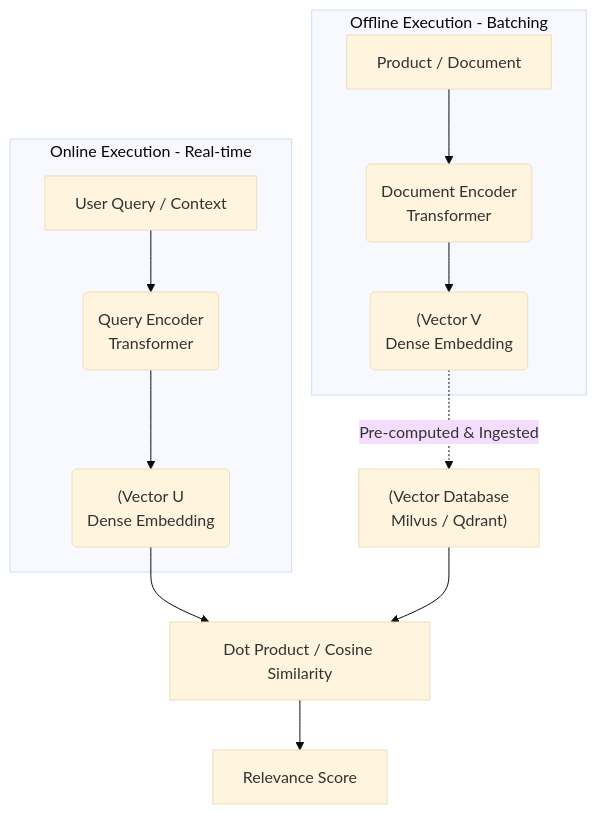
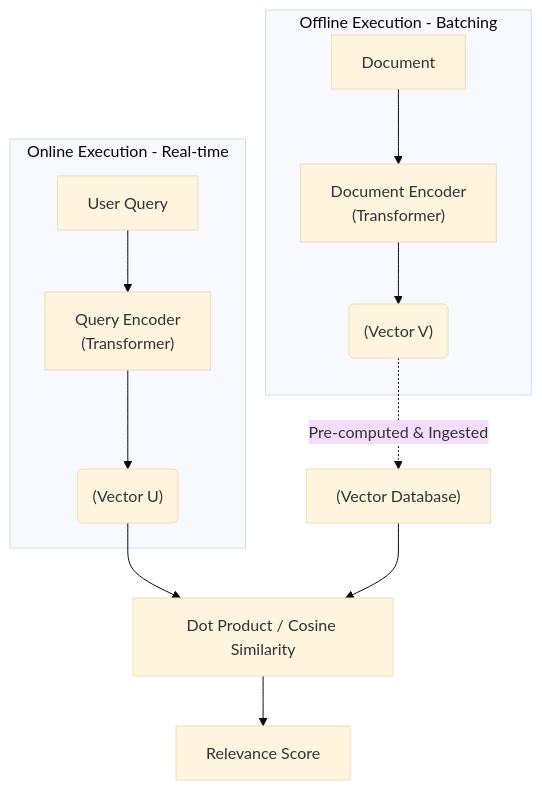
The diagram in src/content/docs/concepts/9-genai-machine-learning/embedding-model.md (kythuatdulieu/kythuatdulieu.github.io), drawn with Mermaid (base theme) before and after one commit. The commit also changed other lines of this file and 228 other files, not shown here.

Commit message:
Fix syntax and rewrite 200+ concepts docs to deep-dive system architecture and add GA4 tracking to quiz app

````diff
--- a/src/content/docs/concepts/9-genai-machine-learning/embedding-model.md
+++ b/src/content/docs/concepts/9-genai-machine-learning/embedding-model.md
@@ -24,18 +25,18 @@
 ```mermaid
 graph TD
     subgraph Query_Tower["Online Execution - Real-time"]
-        Q["User Query / Context"] --> Q_Enc("Query Encoder<br/>Transformer")
-        Q_Enc --> U_Vec("(Vector U<br/>Dense Embedding")
+        Q["User Query"] --> Q_Enc["Query Encoder<br/>(Transformer)"]
+        Q_Enc --> U_Vec("(Vector U)")
     end
 
     subgraph Document_Tower["Offline Execution - Batching"]
-        D["Product / Document"] --> D_Enc("Document Encoder<br/>Transformer")
-        D_Enc --> V_Vec("(Vector V<br/>Dense Embedding")
+        D["Document"] --> D_Enc["Document Encoder<br/>(Transformer)"]
+        D_Enc --> V_Vec("(Vector V)")
     end
 
-    V_Vec -.->|Pre-computed & Ingested| VDB["(Vector Database<br/>Milvus / Qdrant)"]
+    V_Vec -.->|Pre-computed & Ingested| VDB["(Vector Database)"]
     
     U_Vec --> Dot["Dot Product / Cosine Similarity"]
     VDB --> Dot
     Dot --> Score["Relevance Score"]
 ```
````
